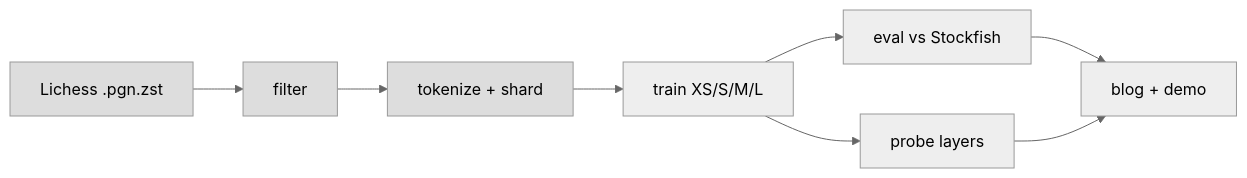
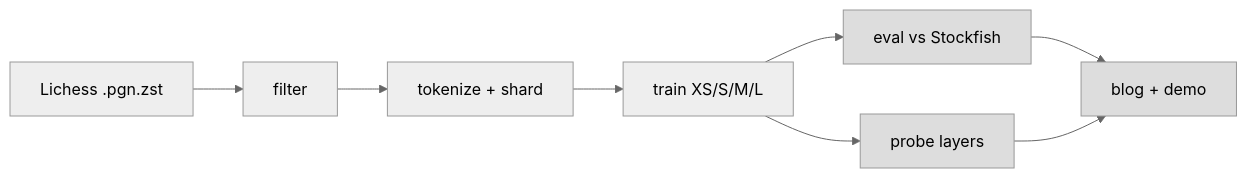
The diagram in README.md (AshishSinha5/chess-lm), drawn with Mermaid (neutral theme) before and after one commit. The commit also changed other lines of this file and 50 other files, not shown here.

````diff
--- a/README.md
+++ b/README.md
@@ -8,13 +8,13 @@
 ```mermaid
 flowchart LR
   A[Lichess .pgn.zst] --> B[filter]
   B --> C[tokenize + shard]
   C --> D[train XS/S/M/L]
   D --> E[eval vs Stockfish]
   D --> F[probe layers]
   E --> G[blog + demo]
   F --> G
-  style A fill:#ddd
-  style B fill:#ddd
-  style C fill:#ddd
+  style E fill:#ddd
+  style F fill:#ddd
+  style G fill:#ddd
 ```
````
